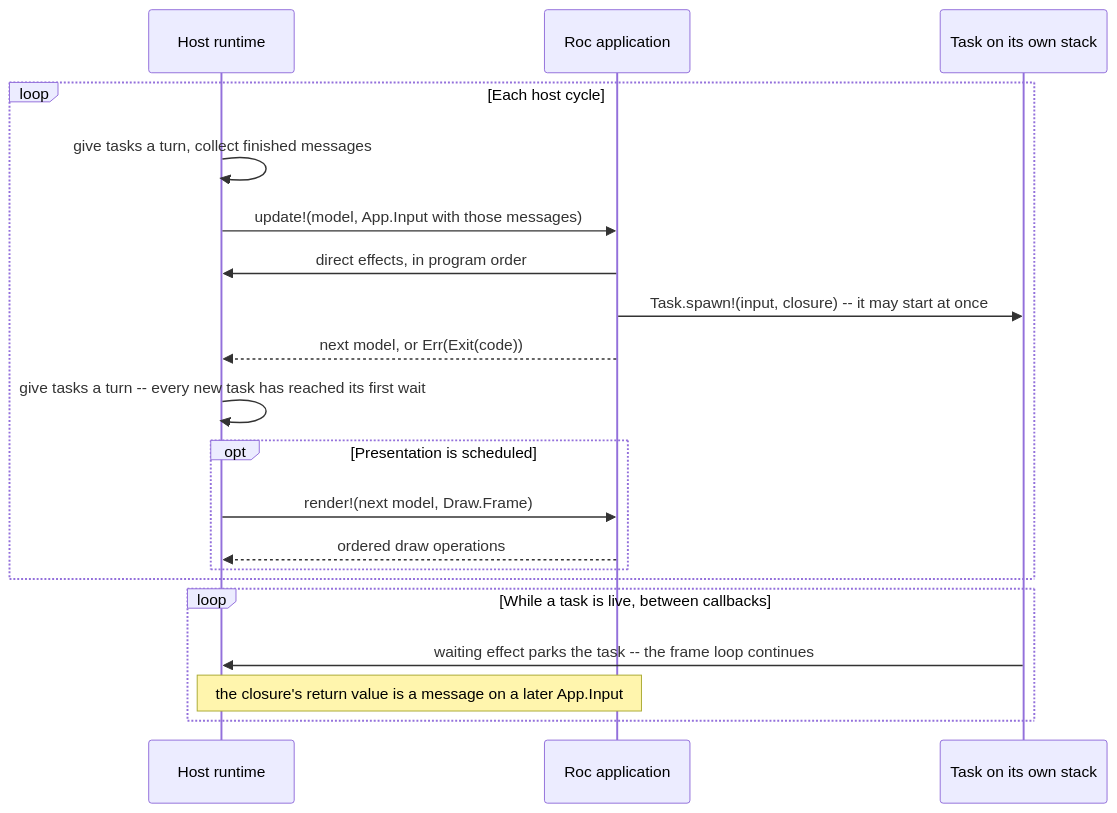
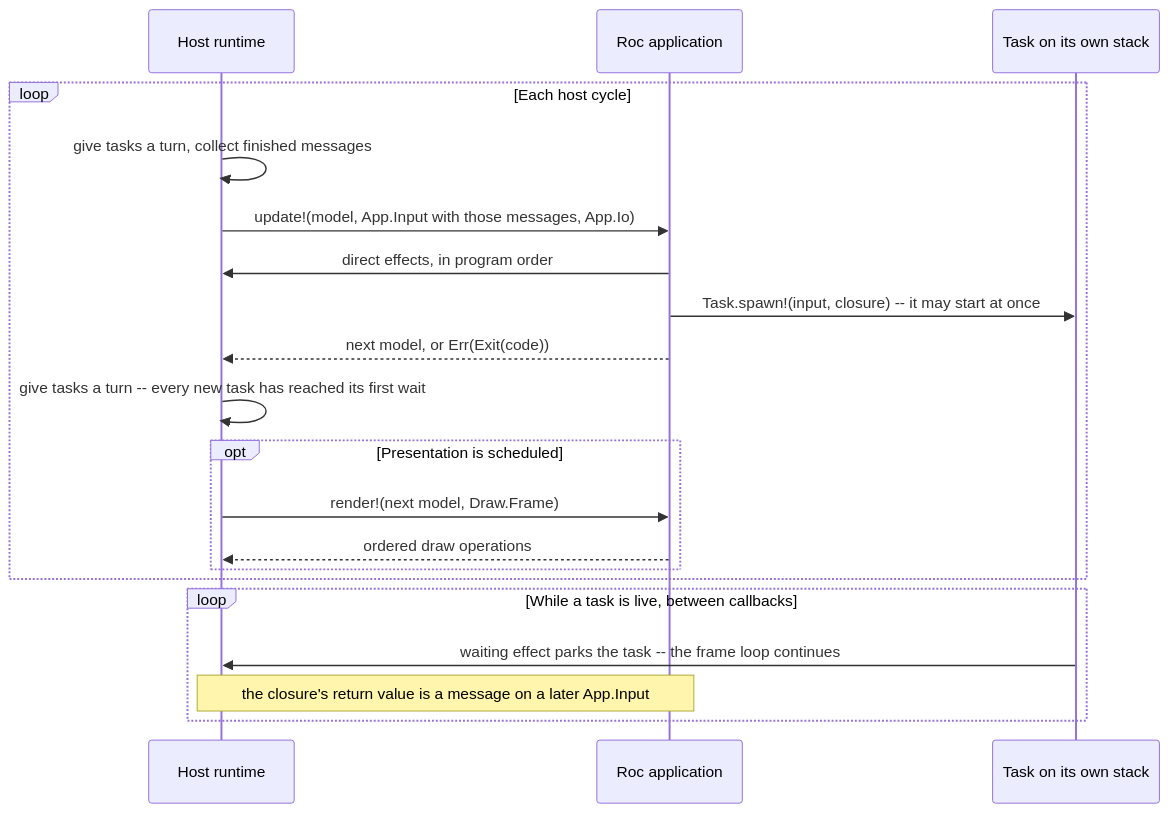
One commit to lukewilliamboswell/roc-ray changed the diagram in design.md. Above: the diagram before and after it, drawn with Mermaid. The commit also changed other lines of this file and 92 other files, not shown here.

````diff
--- a/design.md
+++ b/design.md
@@ -200,24 +200,24 @@
 ```mermaid
 sequenceDiagram
     participant Host as Host runtime
     participant App as Roc application
     participant Task as Task on its own stack
 
     loop Each host cycle
         Host->>Host: give tasks a turn, collect finished messages
-        Host->>App: update!(model, App.Input with those messages)
+        Host->>App: update!(model, App.Input with those messages, App.Io)
         App->>Host: direct effects, in program order
         App->>Task: Task.spawn!(input, closure) -- it may start at once
         App-->>Host: next model, or Err(Exit(code))
         Host->>Host: give tasks a turn -- every new task has reached its first wait
         opt Presentation is scheduled
             Host->>App: render!(next model, Draw.Frame)
             App-->>Host: ordered draw operations
         end
     end
 
     loop While a task is live, between callbacks
         Task->>Host: waiting effect parks the task -- the frame loop continues
         Note over Host,App: the closure's return value is a message on a later App.Input
     end
 ```
````
